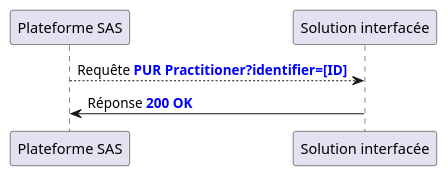
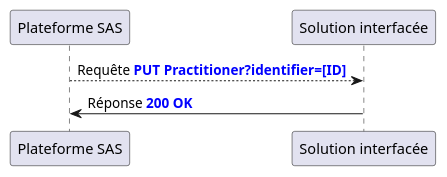
Before and after one commit to ansforge/IG-fhir-service-acces-aux-soins: the diagram in input/images-source/gestion_compte_regulateur_put.plantuml, drawn with PlantUML. The commit also changed 1 other file, not shown here.

```diff
--- a/input/images-source/gestion_compte_regulateur_put.plantuml
+++ b/input/images-source/gestion_compte_regulateur_put.plantuml
@@ -1,4 +1,4 @@
 @startuml
-"Plateforme SAS" --> "Solution interfacée": Requête **<color:blue>PUR Practitioner?identifier=[ID]</color>**
+"Plateforme SAS" --> "Solution interfacée": Requête **<color:blue>PUT Practitioner?identifier=[ID]</color>**
 "Solution interfacée" -> "Plateforme SAS": Réponse **<color:blue>200 OK</color>**
 @enduml
```
